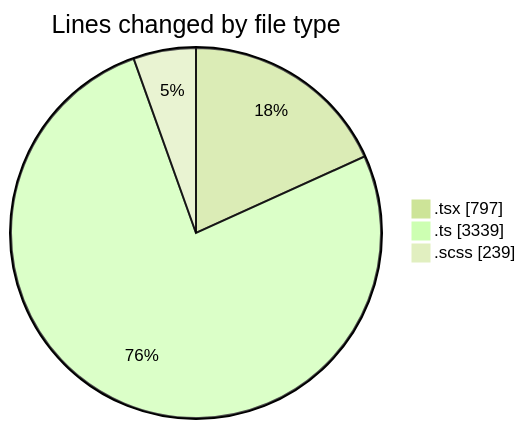
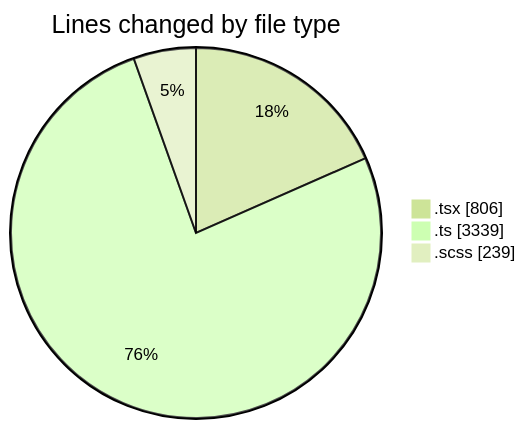
Before and after one commit to momahboobian/code-tracking: the first of 2 diagrams in 2025-09-17/cda/README.md, drawn with Mermaid (forest theme). The commit also changed other lines of this file and 1 other file, not shown here.

````diff
--- a/2025-09-17/cda/README.md
+++ b/2025-09-17/cda/README.md
@@ -25,7 +25,7 @@
 ```mermaid
 pie showData
 title Lines changed by file type
-".tsx" : 797
+".tsx" : 806
 ".ts" : 3339
 ".scss" : 239
 ```
````
